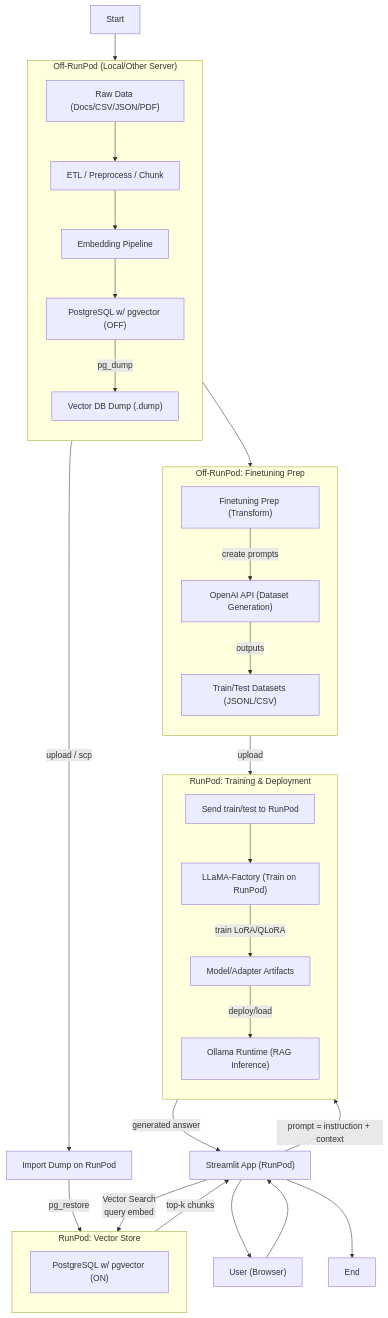
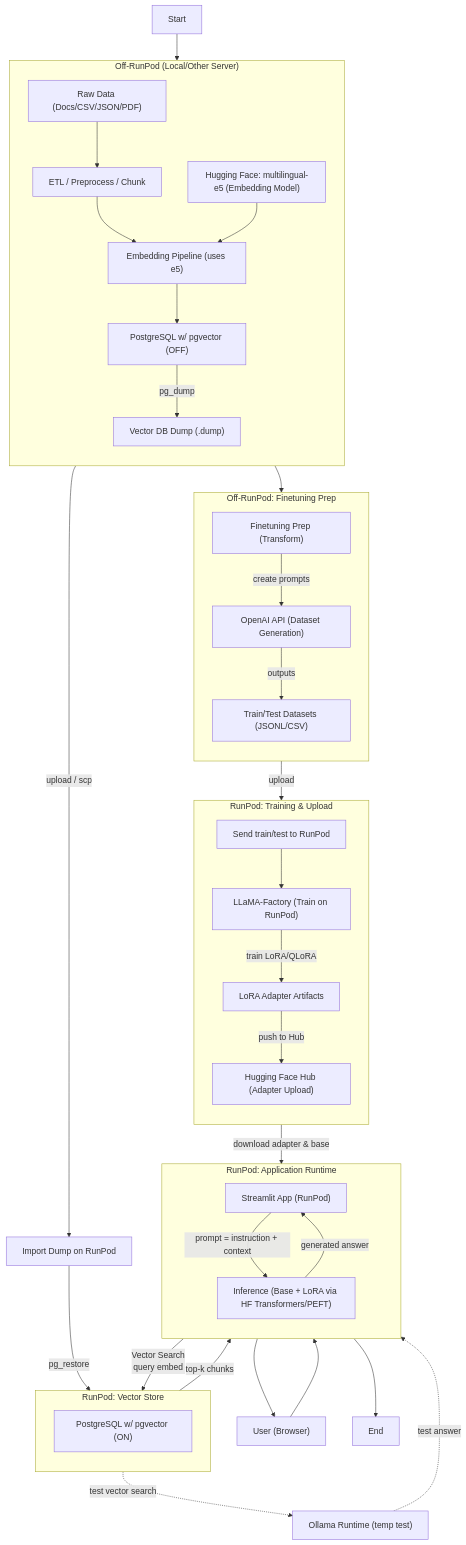
The second of 3 diagrams in README.md (SKNETWORKS-FAMILY-AICAMP/SKN18-3rd-5Team), drawn with Mermaid before and after one commit. The commit also changed other lines of this file, not shown here.

````diff
--- a/README.md
+++ b/README.md
@@ -166,66 +166,82 @@
 ```mermaid
 flowchart TB
   %% ========= Start =========
   START["Start"] --> SRC["Raw Data (Docs/CSV/JSON/PDF)"]
 
-  %% ========= Off-RunPod: ETL & Embedding =========
+  %% ========= Off-RunPod: ETL & Embedding (HF e5) =========
   subgraph OFF["Off-RunPod (Local/Other Server)"]
     direction TB
     ETL["ETL / Preprocess / Chunk"]
-    EMB["Embedding Pipeline"]
+    E5["Hugging Face: multilingual-e5 (Embedding Model)"]
+    EMB["Embedding Pipeline (uses e5)"]
     PG_OFF["PostgreSQL w/ pgvector (OFF)"]
     DUMP["Vector DB Dump (.dump)"]
 
     SRC --> ETL --> EMB --> PG_OFF
+    E5 --> EMB
     PG_OFF -->| pg_dump | DUMP
   end
 
   %% ========= Transfer pgvector dump to RunPod =========
   DUMP -->| upload / scp | IMP["Import Dump on RunPod"]
 
   %% ========= RunPod: Restore Vector DB =========
   subgraph RP_DB["RunPod: Vector Store"]
     direction TB
     PG_ON["PostgreSQL w/ pgvector (ON)"]
   end
 
   IMP -->| pg_restore | PG_ON
 
   %% ========= Finetuning Dataset (Off) =========
   subgraph OFF_FT["Off-RunPod: Finetuning Prep"]
     direction TB
     FT_PREP["Finetuning Prep (Transform)"]
     OAI["OpenAI API (Dataset Generation)"]
     DSET_OUT["Train/Test Datasets (JSONL/CSV)"]
 
     SRC --> FT_PREP
     FT_PREP -->| create prompts | OAI
     OAI -->| outputs | DSET_OUT
   end
 
   %% ========= Send train/test to RunPod =========
   DSET_OUT -->| upload | SEND_DATA["Send train/test to RunPod"]
 
-  %% ========= RunPod: Training & Deployment =========
-  subgraph RP_TRAIN["RunPod: Training & Deployment"]
+  %% ========= RunPod: Training & Upload to HF =========
+  subgraph RP_TRAIN["RunPod: Training & Upload"]
     direction TB
     LF["LLaMA-Factory (Train on RunPod)"]
-    ART["Model/Adapter Artifacts"]
-    OL["Ollama Runtime (RAG Inference)"]
+    ART["LoRA Adapter Artifacts"]
+    HF["Hugging Face Hub (Adapter Upload)"]
 
     SEND_DATA --> LF
     LF -->| train LoRA/QLoRA | ART
-    ART -->| deploy/load | OL
+    ART -->| push to Hub | HF
   end
 
-  %% ========= RAG Inference Flow =========
-  U["User (Browser)"] --> ST["Streamlit App (RunPod)"]
-  ST -->| Vector Search <br/>query embed | PG_ON
-  PG_ON -->| top-k chunks | ST
-  ST -->| prompt = instruction + context | OL
-  OL -->| generated answer | ST
+  %% ========= Application Runtime (uses HF models directly) =========
+  subgraph RP_APP["RunPod: Application Runtime"]
+    direction TB
+    ST["Streamlit App (RunPod)"]
+    MODEL_RT["Inference (Base + LoRA via HF Transformers/PEFT)"]
+
+    HF -->| download adapter & base | MODEL_RT
+    ST -->| Vector Search <br/>query embed | PG_ON
+    PG_ON -->| top-k chunks | ST
+    ST -->| prompt = instruction + context | MODEL_RT
+    MODEL_RT -->| generated answer | ST
+  end
+
+  %% ========= Optional: Ollama (temporary test only) =========
+  OLLAMA["Ollama Runtime (temp test)"]
+  PG_ON -. test vector search .-> OLLAMA
+  OLLAMA -. test answer .-> ST
+
+  %% ========= User Interaction =========
+  U["User (Browser)"] --> ST
   ST --> U
 
   %% ========= End =========
   ST --> END["End"]
 ```
````
